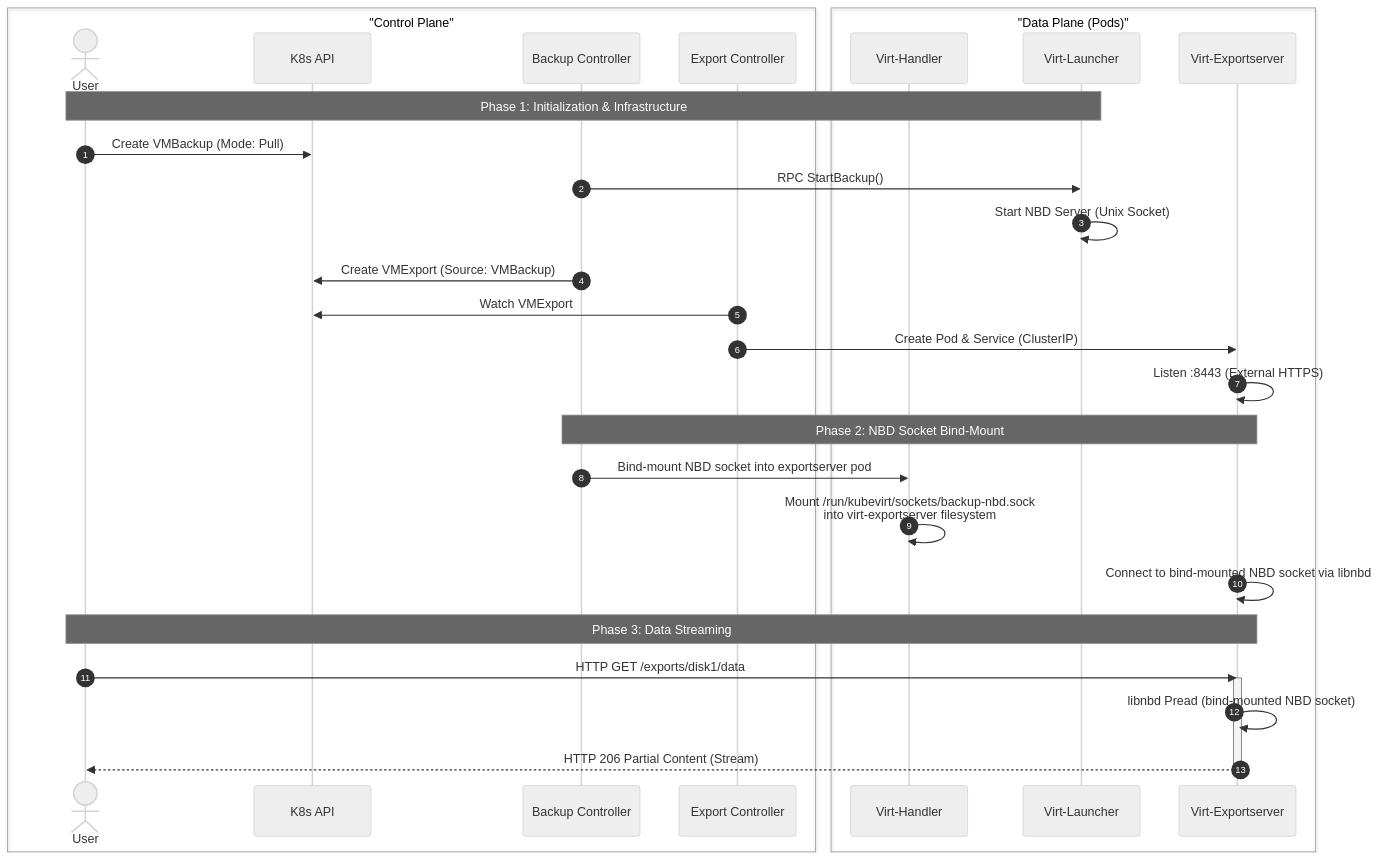
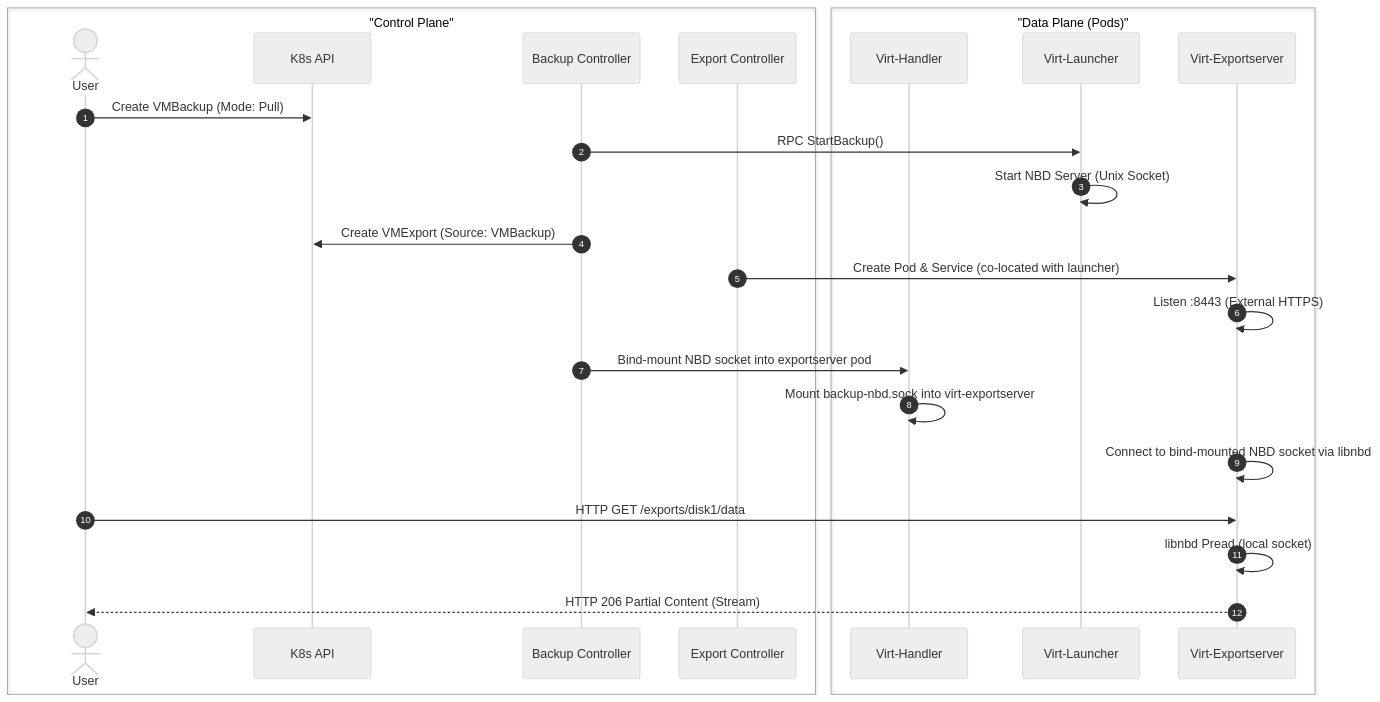
One commit to kubevirt/enhancements changed the diagram in veps/sig-storage/25-incremental-backup/vep.md. Above: the diagram before and after it, drawn with Mermaid (neutral theme). The commit also changed other lines of this file, not shown here.

````diff
--- a/veps/sig-storage/25-incremental-backup/vep.md
+++ b/veps/sig-storage/25-incremental-backup/vep.md
@@ -500,43 +389,32 @@
 ```mermaid
 sequenceDiagram
     autonumber
     box "Control Plane"
         actor User
         participant API as K8s API
         participant BC as Backup Controller
         participant EC as Export Controller
     end
 
     box "Data Plane (Pods)"
         participant VH as Virt-Handler
         participant Launcher as Virt-Launcher
         participant ES as Virt-Exportserver
     end
 
-    %% Phase 1: Setup
-    Note over User, Launcher: Phase 1: Initialization & Infrastructure
     User->>API: Create VMBackup (Mode: Pull)
     BC->>Launcher: RPC StartBackup()
     Launcher->>Launcher: Start NBD Server (Unix Socket)
-    
+
     BC->>API: Create VMExport (Source: VMBackup)
-    EC->>API: Watch VMExport
-    EC->>ES: Create Pod & Service (ClusterIP)
+    EC->>ES: Create Pod & Service (co-located with launcher)
     ES->>ES: Listen :8443 (External HTTPS)
 
-    %% Phase 2: Socket Bind-Mount
-    Note over BC, ES: Phase 2: NBD Socket Bind-Mount
     BC->>VH: Bind-mount NBD socket into exportserver pod
-    VH->>VH: Mount /run/kubevirt/sockets/backup-nbd.sock<br/>into virt-exportserver filesystem
+    VH->>VH: Mount backup-nbd.sock into virt-exportserver
     ES->>ES: Connect to bind-mounted NBD socket via libnbd
 
-    %% Phase 3: The Data Pull
-    Note over User, ES: Phase 3: Data Streaming
     User->>ES: HTTP GET /exports/disk1/data
-    activate ES
-    
-    ES->>ES: libnbd Pread (bind-mounted NBD socket)
-    
+    ES->>ES: libnbd Pread (local socket)
     ES-->>User: HTTP 206 Partial Content (Stream)
-    deactivate ES
 ```
````
